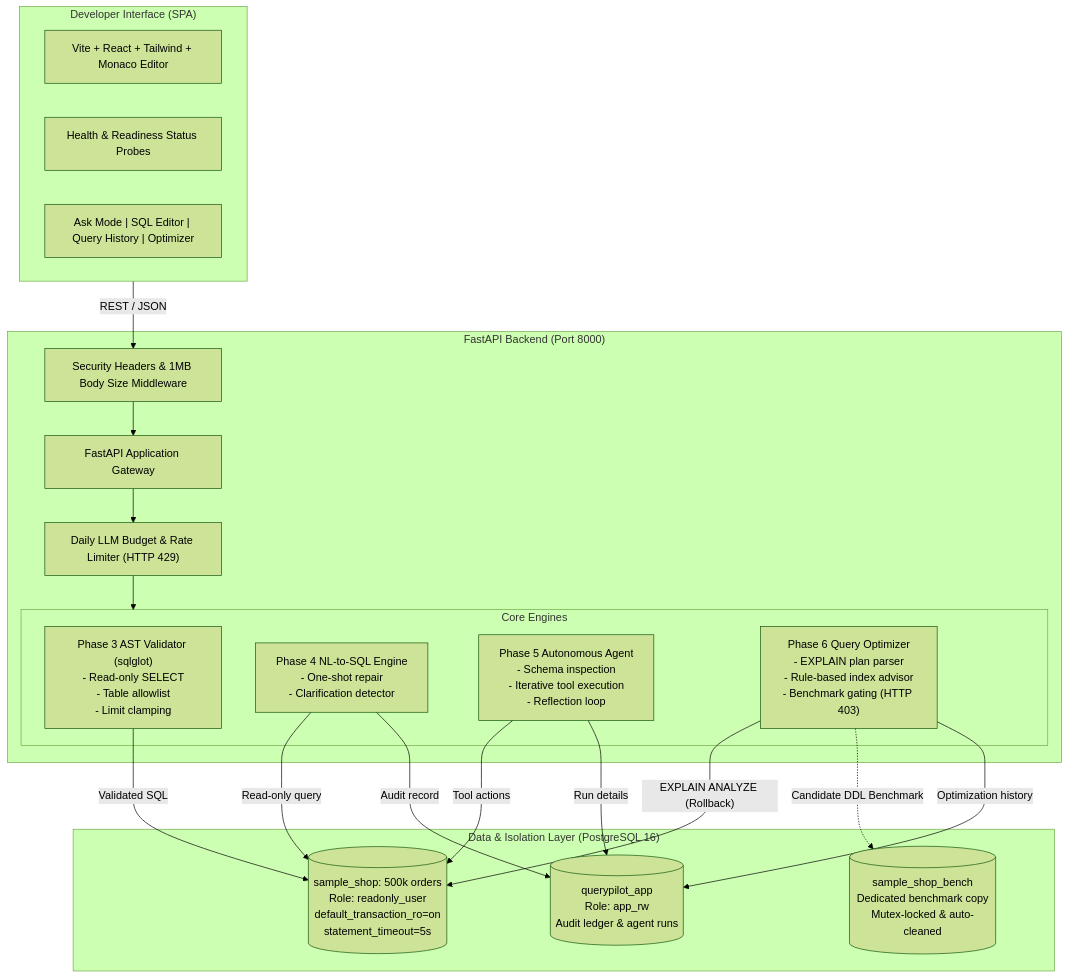
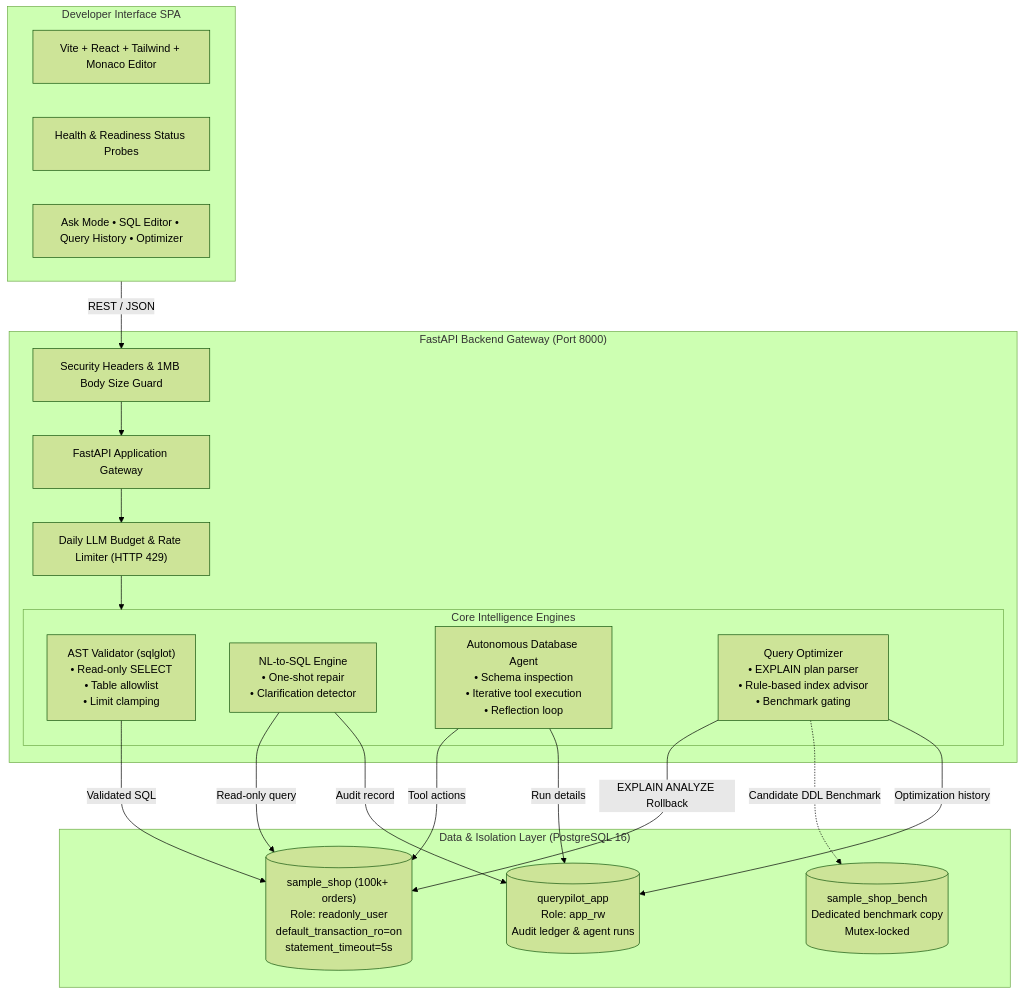
Before and after one commit to Anushreer22/querypilot: the diagram in README.md, drawn with Mermaid (forest theme). The commit also changed other lines of this file and 6 other files, not shown here.

Commit message:
docs: polish professional README and fix Mermaid diagram; fix(ci): harden Neon migrations and CI benchmark setup

````diff
--- a/README.md
+++ b/README.md
@@ -15,41 +34,41 @@
 ```mermaid
 flowchart TD
-    subgraph Client["Developer Interface (SPA)"]
+    subgraph Client["Developer Interface SPA"]
         UI["Vite + React + Tailwind + Monaco Editor"]
         HealthBadge["Health & Readiness Status Probes"]
-        Tabs["Ask Mode | SQL Editor | Query History | Optimizer"]
+        Tabs["Ask Mode • SQL Editor • Query History • Optimizer"]
     end
 
-    subgraph Backend["FastAPI Backend (Port 8000)"]
+    subgraph Backend["FastAPI Backend Gateway (Port 8000)"]
         Router["FastAPI Application Gateway"]
-        SecurityMW["Security Headers & 1MB Body Size Middleware"]
+        SecurityMW["Security Headers & 1MB Body Size Guard"]
         DailyGuard["Daily LLM Budget & Rate Limiter (HTTP 429)"]
         
-        subgraph CoreServices["Core Engines"]
-            Validator["Phase 3 AST Validator (sqlglot)<br/>- Read-only SELECT<br/>- Table allowlist<br/>- Limit clamping"]
-            AskEngine["Phase 4 NL-to-SQL Engine<br/>- One-shot repair<br/>- Clarification detector"]
-            AgentLoop["Phase 5 Autonomous Agent<br/>- Schema inspection<br/>- Iterative tool execution<br/>- Reflection loop"]
-            Optimizer["Phase 6 Query Optimizer<br/>- EXPLAIN plan parser<br/>- Rule-based index advisor<br/>- Benchmark gating (HTTP 403)"]
+        subgraph CoreServices["Core Intelligence Engines"]
+            Validator["AST Validator (sqlglot)<br/>• Read-only SELECT<br/>• Table allowlist<br/>• Limit clamping"]
+            AskEngine["NL-to-SQL Engine<br/>• One-shot repair<br/>• Clarification detector"]
+            AgentLoop["Autonomous Database Agent<br/>• Schema inspection<br/>• Iterative tool execution<br/>• Reflection loop"]
+            Optimizer["Query Optimizer<br/>• EXPLAIN plan parser<br/>• Rule-based index advisor<br/>• Benchmark gating"]
         end
     end
 
     subgraph DataTier["Data & Isolation Layer (PostgreSQL 16)"]
         AppDB[("querypilot_app<br/>Role: app_rw<br/>Audit ledger & agent runs")]
-        ShopDB[("sample_shop: 500k orders<br/>Role: readonly_user<br/>default_transaction_ro=on<br/>statement_timeout=5s")]
-        BenchDB[("sample_shop_bench<br/>Dedicated benchmark copy<br/>Mutex-locked & auto-cleaned")]
+        ShopDB[("sample_shop (100k+ orders)<br/>Role: readonly_user<br/>default_transaction_ro=on<br/>statement_timeout=5s")]
+        BenchDB[("sample_shop_bench<br/>Dedicated benchmark copy<br/>Mutex-locked")]
     end
 
     Client -->|"REST / JSON"| SecurityMW
     SecurityMW --> Router
     Router --> DailyGuard
     DailyGuard --> CoreServices
     
     Validator -->|"Validated SQL"| ShopDB
     AskEngine -->|"Read-only query"| ShopDB
     AskEngine -->|"Audit record"| AppDB
     AgentLoop -->|"Tool actions"| ShopDB
     AgentLoop -->|"Run details"| AppDB
-    Optimizer -->|"EXPLAIN ANALYZE (Rollback)"| ShopDB
+    Optimizer -->|"EXPLAIN ANALYZE Rollback"| ShopDB
     Optimizer -.->|"Candidate DDL Benchmark"| BenchDB
     Optimizer -->|"Optimization history"| AppDB
 ```
````
